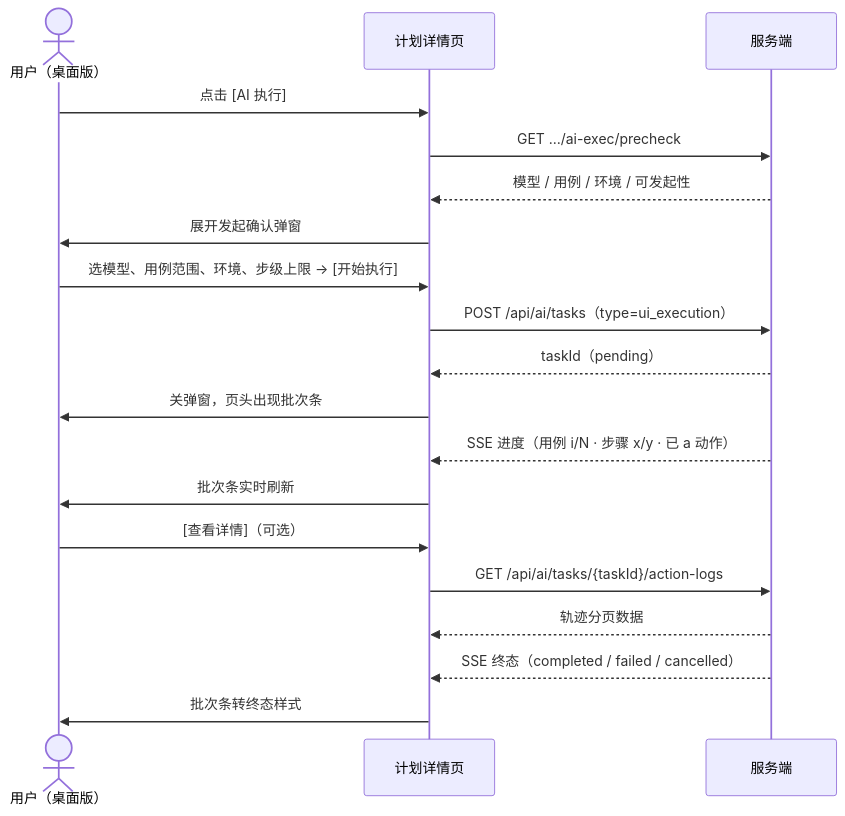
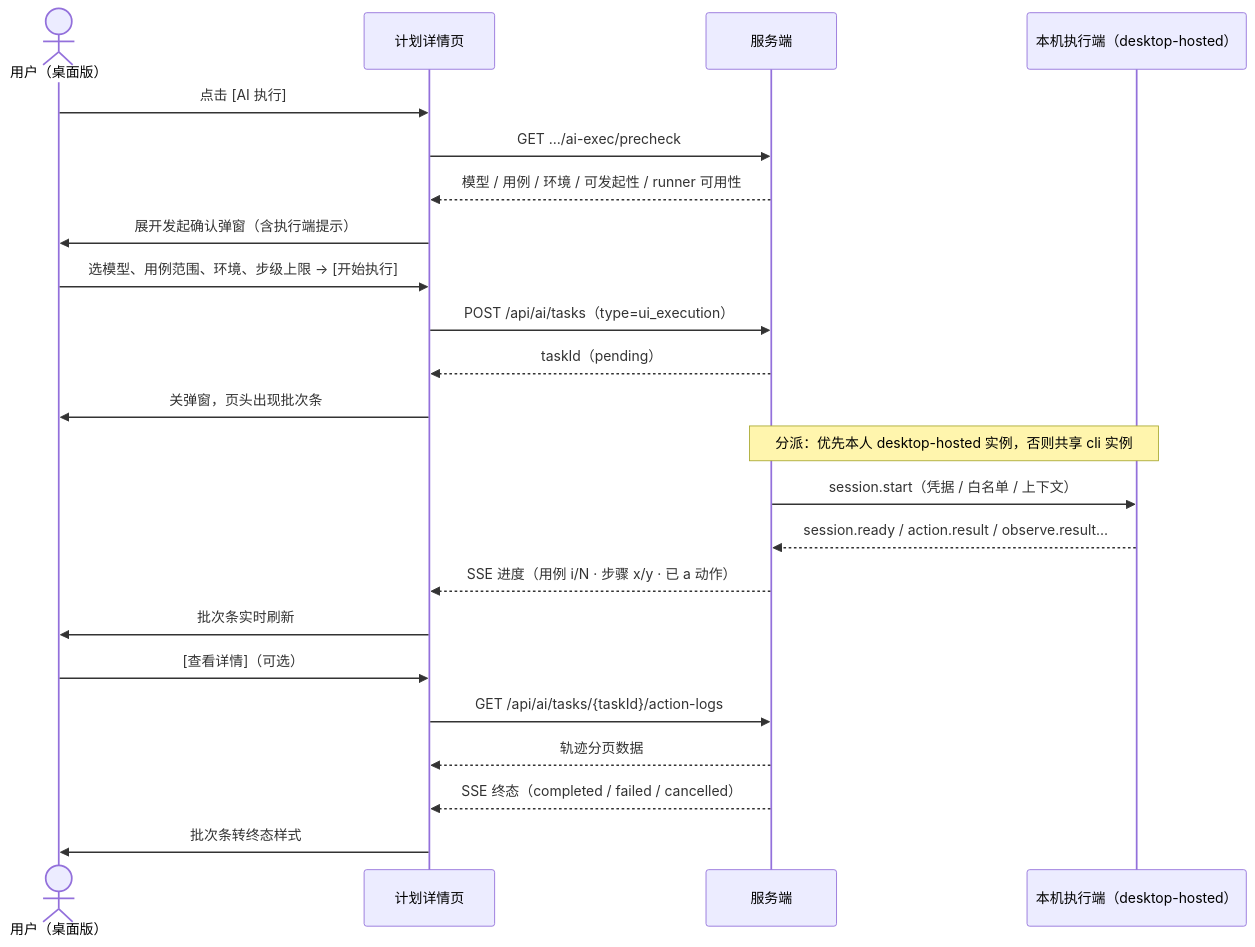
One commit to XiaoMiSum/robotest changed the first of 2 diagrams in docs/05-interaction-design/03-function-testing/07-workspace-ui-ai-execution.md. Above: the diagram before and after it, drawn with Mermaid. The commit also changed other lines of this file and 1 other file, not shown here.

````diff
--- a/docs/05-interaction-design/03-function-testing/07-workspace-ui-ai-execution.md
+++ b/docs/05-interaction-design/03-function-testing/07-workspace-ui-ai-execution.md
@@ -221,21 +251,25 @@
 ```mermaid
 sequenceDiagram
     actor U as 用户（桌面版）
     participant P as 计划详情页
     participant S as 服务端
+    participant R as 本机执行端（desktop-hosted）
     U->>P: 点击 [AI 执行]
     P->>S: GET …/ai-exec/precheck
-    S-->>P: 模型 / 用例 / 环境 / 可发起性
-    P->>U: 展开发起确认弹窗
+    S-->>P: 模型 / 用例 / 环境 / 可发起性 / runner 可用性
+    P->>U: 展开发起确认弹窗（含执行端提示）
     U->>P: 选模型、用例范围、环境、步级上限 → [开始执行]
     P->>S: POST /api/ai/tasks（type=ui_execution）
     S-->>P: taskId（pending）
     P->>U: 关弹窗，页头出现批次条
+    Note over S,R: 分派：优先本人 desktop-hosted 实例，否则共享 cli 实例
+    S->>R: session.start（凭据 / 白名单 / 上下文）
+    R-->>S: session.ready / action.result / observe.result…
     S-->>P: SSE 进度（用例 i/N · 步骤 x/y · 已 a 动作）
     P->>U: 批次条实时刷新
     U->>P: [查看详情]（可选）
     P->>S: GET /api/ai/tasks/{taskId}/action-logs
     S-->>P: 轨迹分页数据
     S-->>P: SSE 终态（completed / failed / cancelled）
     P->>U: 批次条转终态样式
 ```
````
